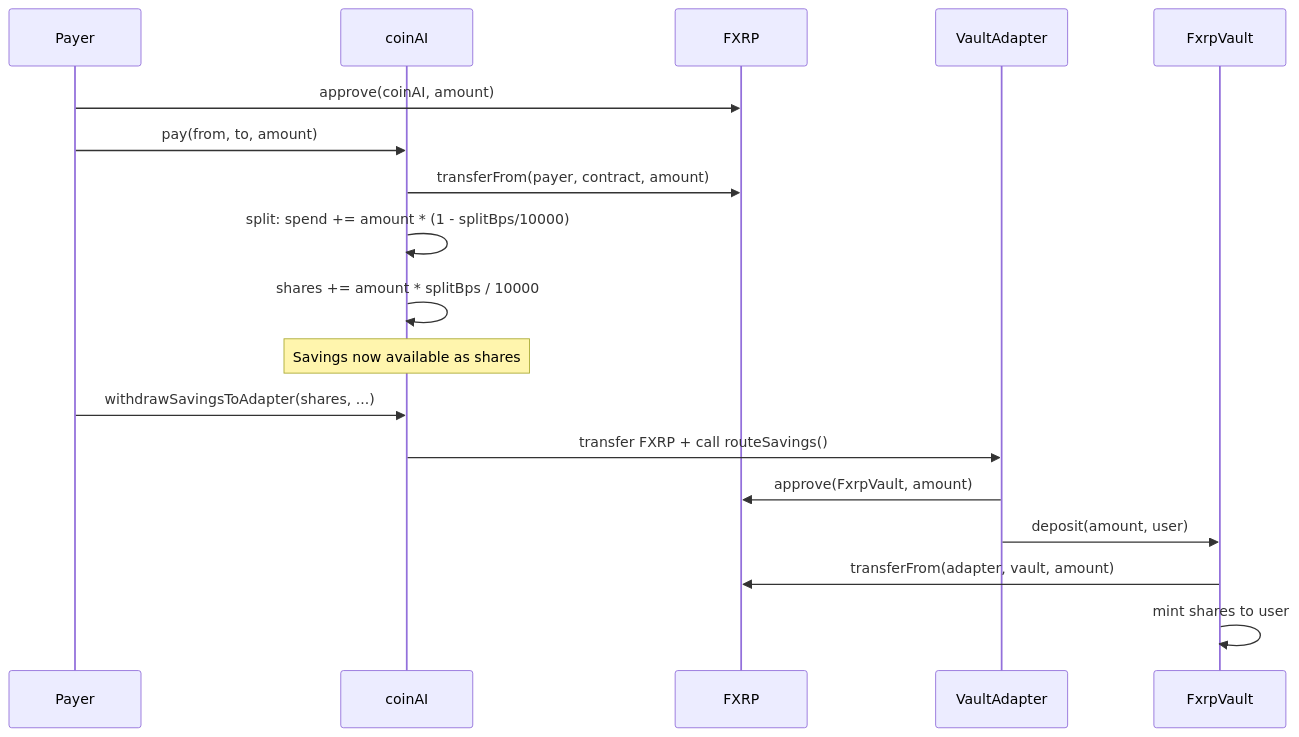
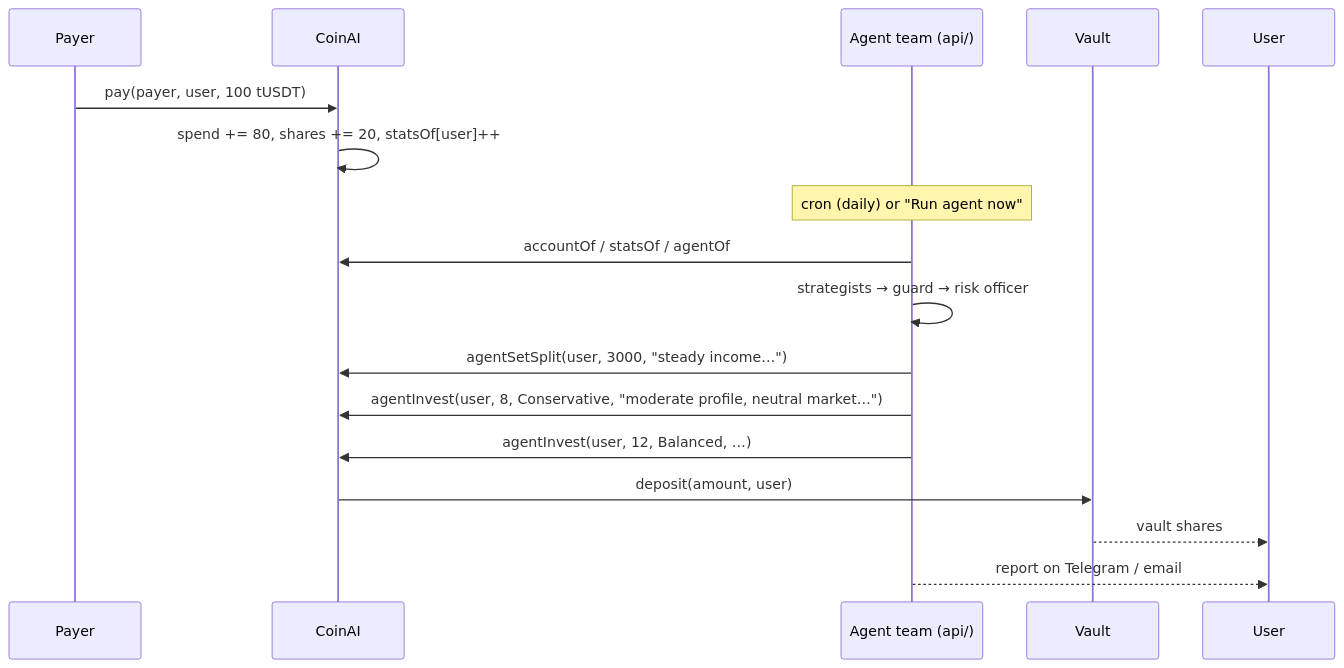
One commit to maulana-tech/coinai changed the diagram in docs/architecture.md. Above: the diagram before and after it, drawn with Mermaid. The commit also changed other lines of this file, not shown here.

Commit message:
docs(docs/architecture.md): BNB Chain migration, AI agent team, market analyst & Telegram chat

````diff
--- a/docs/architecture.md
+++ b/docs/architecture.md
@@ -117,23 +121,20 @@
 ```mermaid
 sequenceDiagram
     participant Payer
-    participant coinAI
-    participant FXRP
-    participant VaultAdapter
-    participant FxrpVault
+    participant CoinAI
+    participant Team as Agent team (api/)
+    participant Vault
+    participant User
 
-    Payer->>FXRP: approve(coinAI, amount)
-    Payer->>coinAI: pay(from, to, amount)
-    coinAI->>FXRP: transferFrom(payer, contract, amount)
-    coinAI->>coinAI: split: spend += amount * (1 - splitBps/10000)
-    coinAI->>coinAI: shares += amount * splitBps / 10000
-
-    Note over coinAI: Savings now available as shares
-
-    Payer->>coinAI: withdrawSavingsToAdapter(shares, ...)
-    coinAI->>VaultAdapter: transfer FXRP + call routeSavings()
-    VaultAdapter->>FXRP: approve(FxrpVault, amount)
-    VaultAdapter->>FxrpVault: deposit(amount, user)
-    FxrpVault->>FXRP: transferFrom(adapter, vault, amount)
-    FxrpVault->>FxrpVault: mint shares to user
+    Payer->>CoinAI: pay(payer, user, 100 tUSDT)
+    CoinAI->>CoinAI: spend += 80, shares += 20, statsOf[user]++
+    Note over Team: cron (daily) or "Run agent now"
+    Team->>CoinAI: accountOf / statsOf / agentOf
+    Team->>Team: strategists → guard → risk officer
+    Team->>CoinAI: agentSetSplit(user, 3000, "steady income…")
+    Team->>CoinAI: agentInvest(user, 8, Conservative, "moderate profile, neutral market…")
+    Team->>CoinAI: agentInvest(user, 12, Balanced, …)
+    CoinAI->>Vault: deposit(amount, user)
+    Vault-->>User: vault shares
+    Team-->>User: report on Telegram / email
 ```
````
